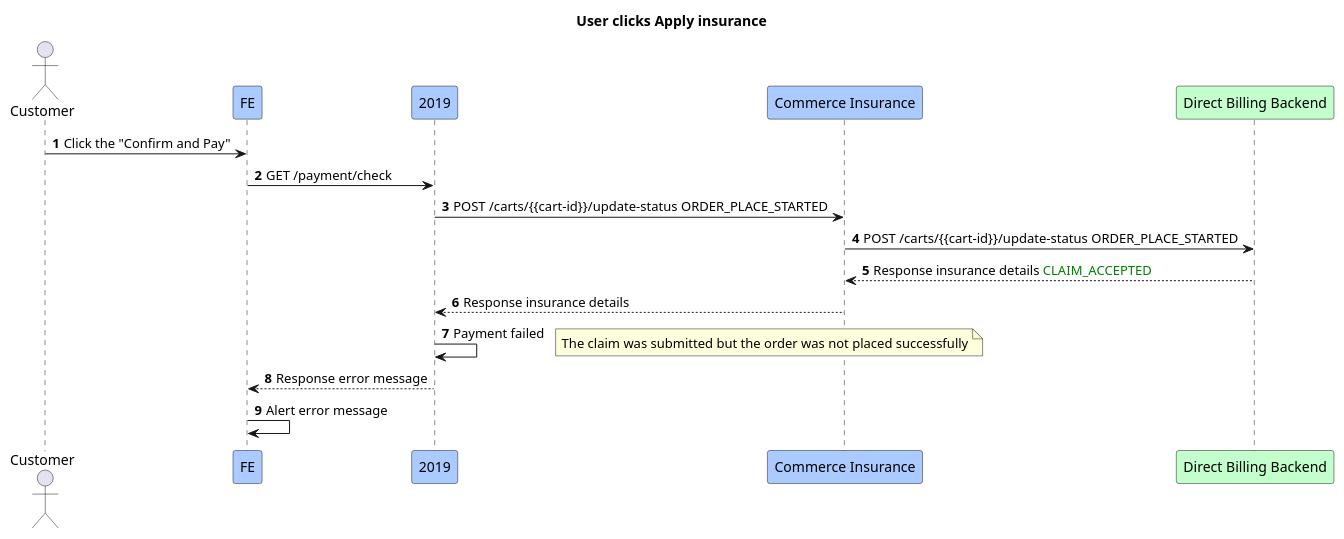
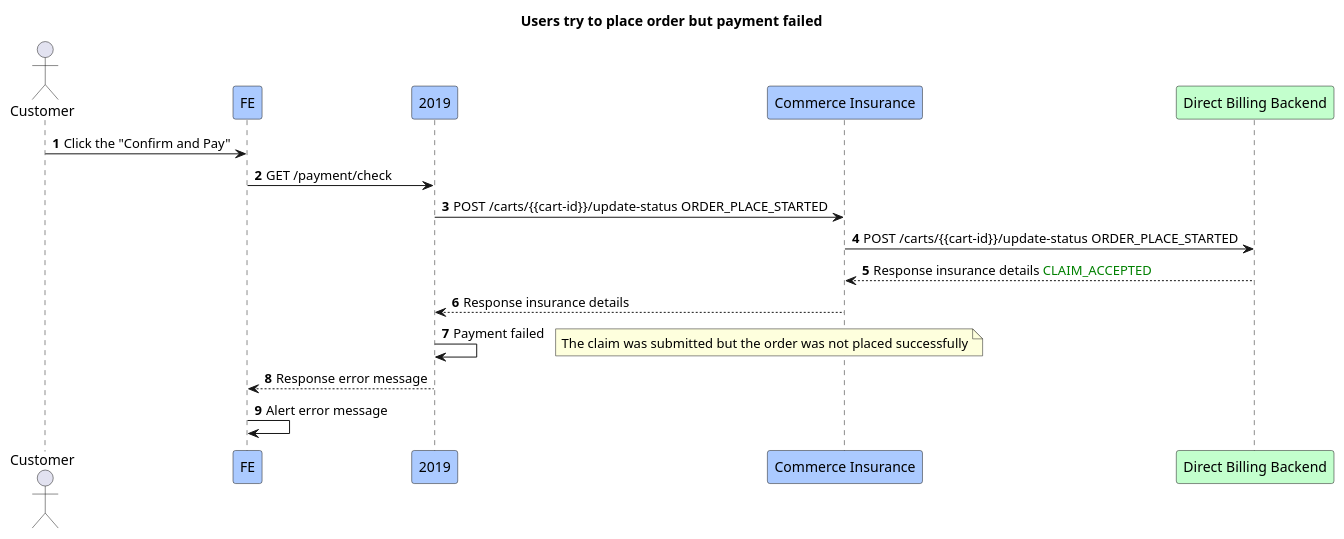
One commit to Jayounger/EyeMed-Sequence-Diagram changed the diagram in 13.Customer tries to place order but payment failed.puml. Above: the diagram before and after it, drawn with PlantUML. The commit also changed 14 other files, not shown here.

Commit message:
update diagram

```diff
--- a/13.Customer tries to place order but payment failed.puml
+++ b/13.Customer tries to place order but payment failed.puml
@@ -1,23 +1,23 @@
 @startuml
-title User clicks Apply insurance
+title Users try to place order but payment failed
 actor Customer
 participant FE #abcaff
 participant "2019" #abcaff
 participant "Commerce Insurance" #abcaff
 participant "Direct Billing Backend" #c3ffcd
 
 autonumber
 Customer -> FE:Click the "Confirm and Pay"
 FE -> 2019:GET /payment/check
 2019 -> "Commerce Insurance":POST /carts/{{cart-id}}/update-status ORDER_PLACE_STARTED
 "Commerce Insurance" -> "Direct Billing Backend":POST /carts/{{cart-id}}/update-status ORDER_PLACE_STARTED
 "Direct Billing Backend" --> "Commerce Insurance":Response insurance details <font color=green>CLAIM_ACCEPTED
 "Commerce Insurance" --> 2019:Response insurance details
 2019 ->2019:Payment failed
 note right
 The claim was submitted but the order was not placed successfully
 end note
 2019 --> FE:Response error message
 FE -> FE:Alert error message
 
 @enduml
```
